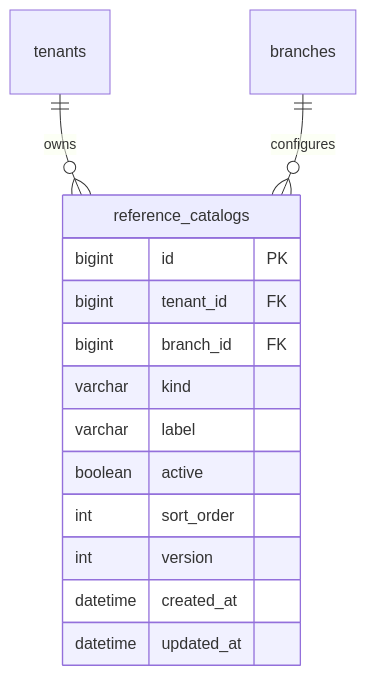
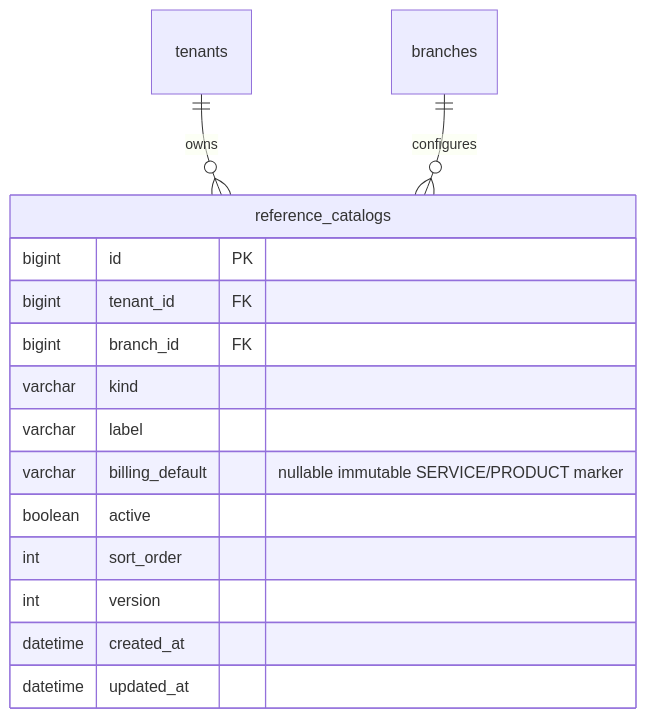
The fourth of 4 diagrams in docs/ERD.md (SooYM/Clinic-Management-System), drawn with Mermaid before and after one commit. The commit also changed other lines of this file and 32 other files, not shown here.

````diff
--- a/docs/ERD.md
+++ b/docs/ERD.md
@@ -433,17 +433,18 @@
 ```mermaid
 erDiagram
   tenants ||--o{ reference_catalogs : owns
   branches ||--o{ reference_catalogs : configures
   reference_catalogs {
     bigint id PK
     bigint tenant_id FK
     bigint branch_id FK
     varchar kind
     varchar label
+    varchar billing_default "nullable immutable SERVICE/PRODUCT marker"
     boolean active
     int sort_order
     int version
     datetime created_at
     datetime updated_at
   }
 ```
````
